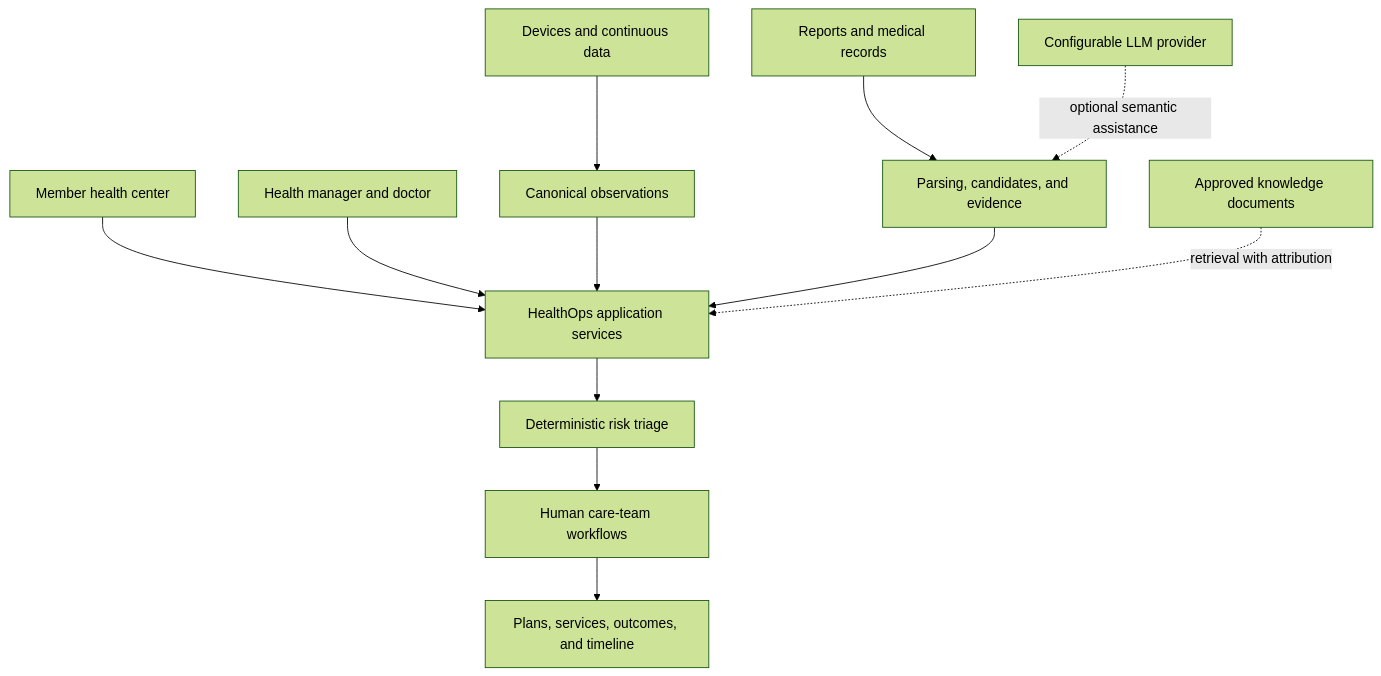
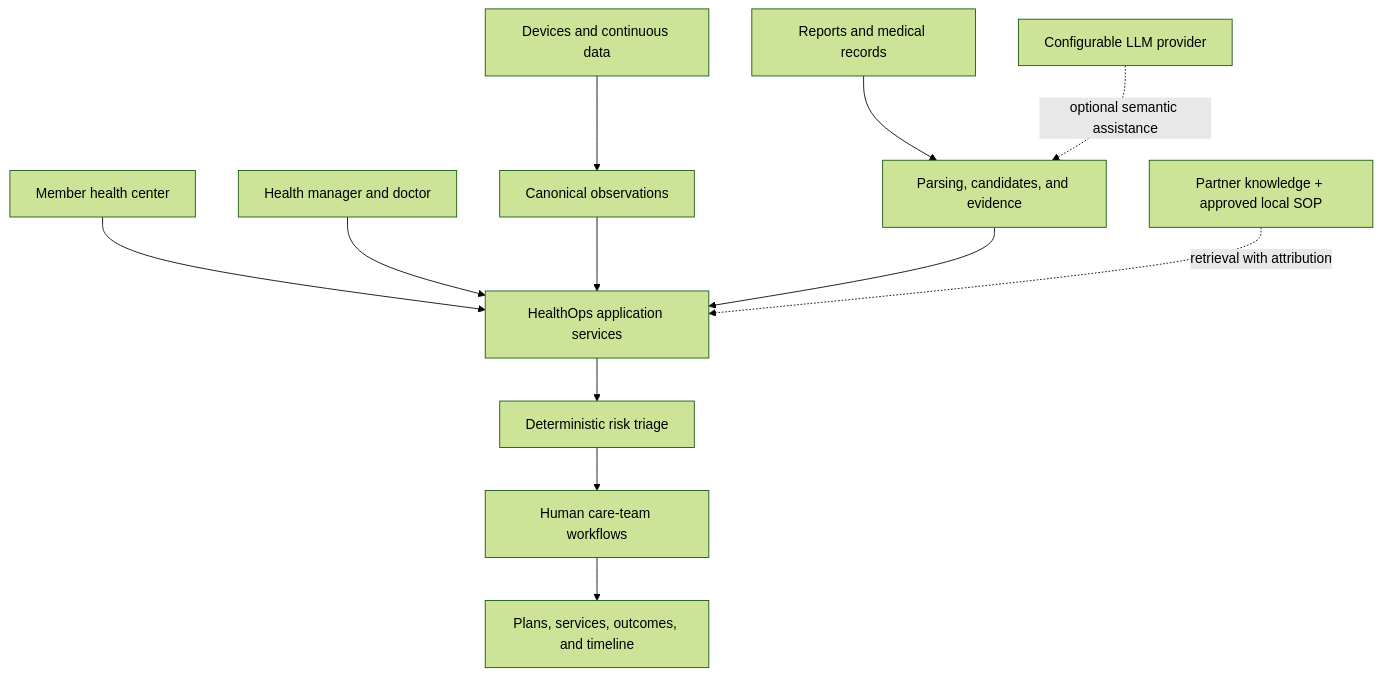
One commit to KaedeharaT/executive-healthops changed the third of 3 diagrams in README.md. Above: the diagram before and after it, drawn with Mermaid (forest theme). The commit also changed other lines of this file and 29 other files, not shown here.

````diff
--- a/README.md
+++ b/README.md
@@ -120,14 +122,14 @@
 ```mermaid
 flowchart TB
     M[Member health center] --> P[HealthOps application services]
     O[Health manager and doctor] --> P
     D[Devices and continuous data] --> C[Canonical observations]
     R[Reports and medical records] --> X[Parsing, candidates, and evidence]
     L[Configurable LLM provider] -.optional semantic assistance.-> X
     C --> P
     X --> P
     P --> K[Deterministic risk triage]
     K --> W[Human care-team workflows]
     W --> T[Plans, services, outcomes, and timeline]
-    N[Approved knowledge documents] -.retrieval with attribution.-> P
+    N[Partner knowledge + approved local SOP] -.retrieval with attribution.-> P
 ```
````
